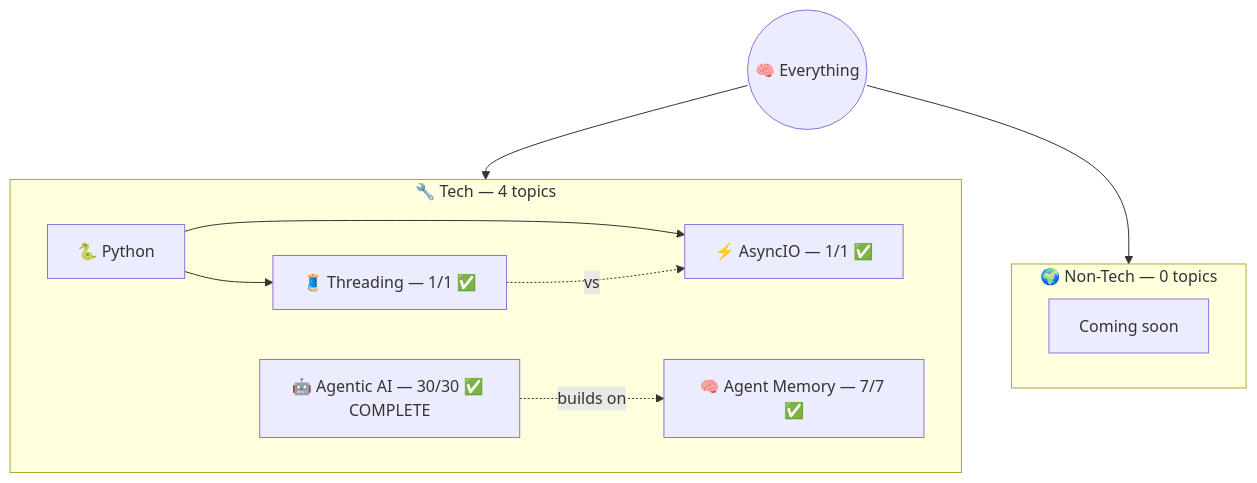
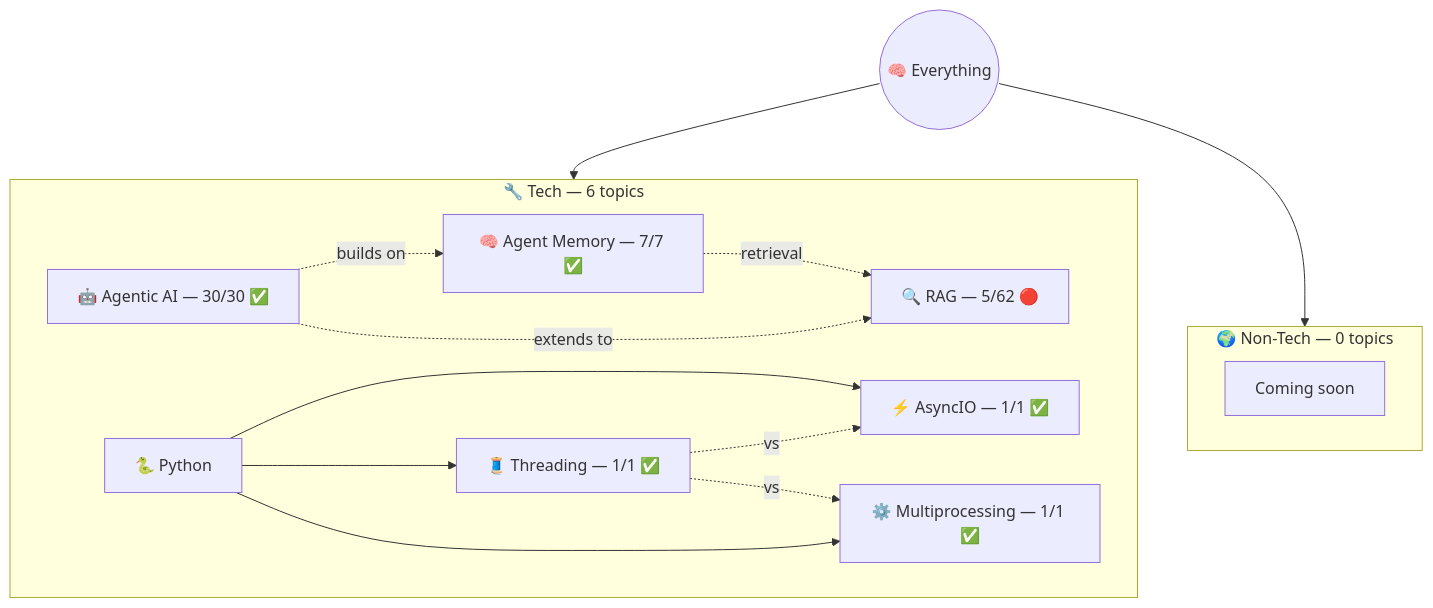
Before and after one commit to AyushSonuu/my-memory: the diagram in _maps/everything.md, drawn with Mermaid. The commit also changed other lines of this file and 234 other files, not shown here.

````diff
--- a/_maps/everything.md
+++ b/_maps/everything.md
@@ -5,21 +5,26 @@
 ```mermaid
 graph TB
     ROOT(("🧠 Everything"))
     
-    subgraph TECH ["🔧 Tech — 4 topics"]
-        AG["🤖 Agentic AI — 30/30 ✅ COMPLETE"]
+    subgraph TECH ["🔧 Tech — 6 topics"]
+        AG["🤖 Agentic AI — 30/30 ✅"]
         AM["🧠 Agent Memory — 7/7 ✅"]
+        RAG["🔍 RAG — 5/62 🔴"]
         PY["🐍 Python"]
         PY --> AIO["⚡ AsyncIO — 1/1 ✅"]
         PY --> THR["🧵 Threading — 1/1 ✅"]
+        PY --> MP["⚙️ Multiprocessing — 1/1 ✅"]
         AG -.->|"builds on"| AM
+        AM -.->|"retrieval"| RAG
+        AG -.->|"extends to"| RAG
         THR -.->|"vs"| AIO
+        THR -.->|"vs"| MP
     end
 
     subgraph NT ["🌍 Non-Tech — 0 topics"]
         NTE["Coming soon"]
     end
 
     ROOT --> TECH
     ROOT --> NT
 ```
````
